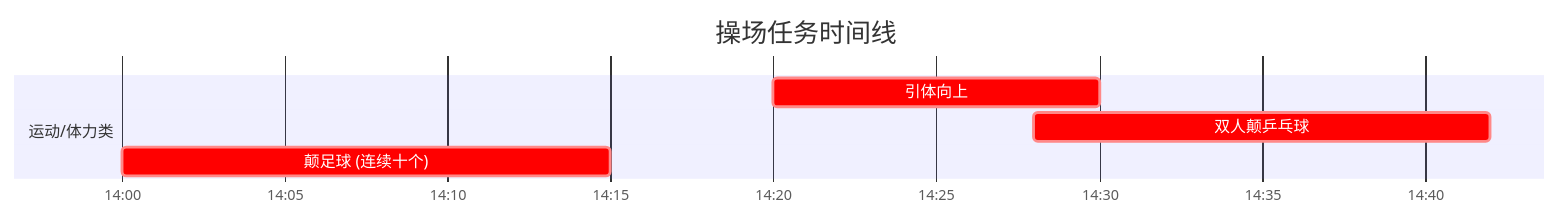
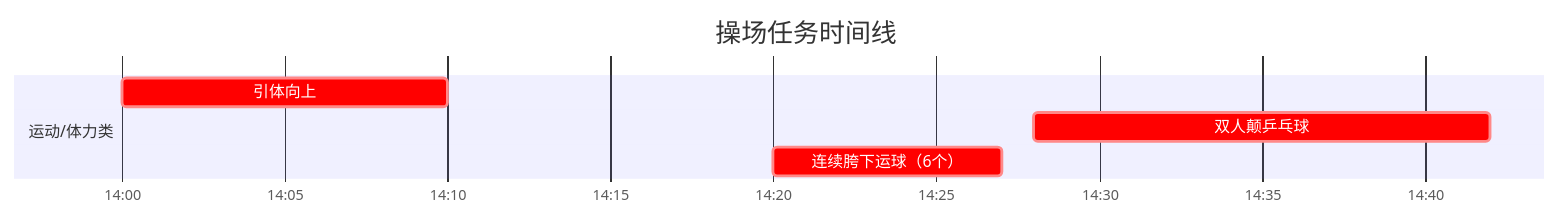
The second of 4 diagrams in 时间线.md (JieteXue/cats-vs-mice), drawn with Mermaid before and after one commit. The commit also changed other lines of this file and 2 other files, not shown here.

````diff
--- a/时间线.md
+++ b/时间线.md
@@ -58,12 +59,12 @@
 ```mermaid
 gantt
     title 操场任务时间线
     dateFormat HH:mm
     axisFormat %H:%M
 
     section 运动/体力类
-    引体向上            :crit, 14:20, 10m
+    引体向上            :crit, 14:00, 10m
     双人颠乒乓球         :crit, 14:28, 14m
-    颠足球 (连续十个)			  :crit, 14:00, 15m
+    连续胯下运球（6个）	  :crit, 14:20, 7m
 
 ```
````
